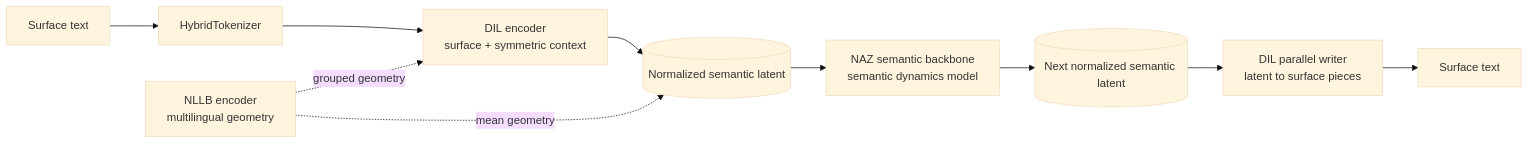
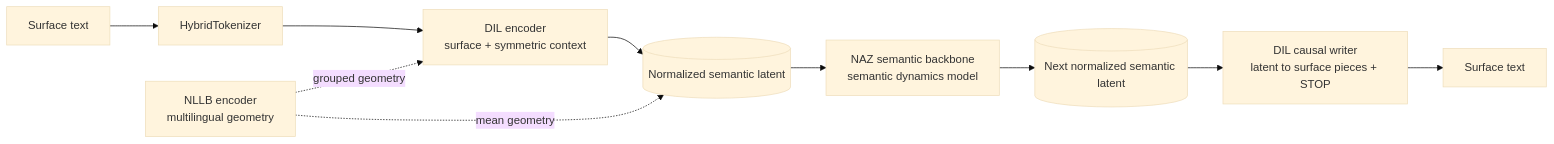
The diagram in README.md (NumanKaanKaratas/Dilnaz), drawn with Mermaid (base theme) before and after one commit. The commit also changed other lines of this file and 26 other files, not shown here.

````diff
--- a/README.md
+++ b/README.md
@@ -22,12 +22,12 @@
 ```mermaid
 flowchart LR
     A[Surface text] --> B[HybridTokenizer]
     B --> C[DIL encoder<br/>surface + symmetric context]
     C --> D[(Normalized semantic latent)]
     D --> E[NAZ semantic backbone<br/>semantic dynamics model]
     E --> F[(Next normalized semantic latent)]
-    F --> G[DIL parallel writer<br/>latent to surface pieces]
+    F --> G[DIL causal writer<br/>latent to surface pieces + STOP]
     G --> H[Surface text]
     T[NLLB encoder<br/>multilingual geometry] -. grouped geometry .-> C
     T -. mean geometry .-> D
 ```
````
